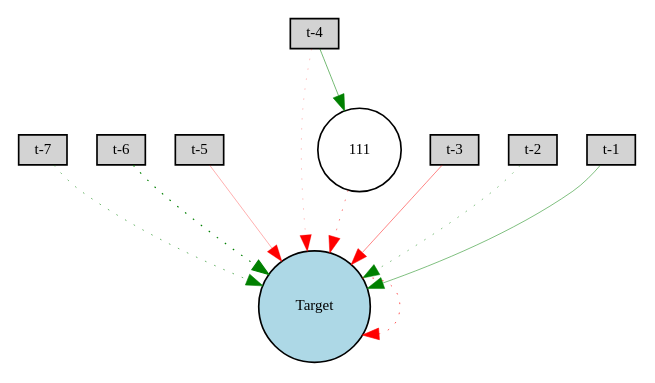
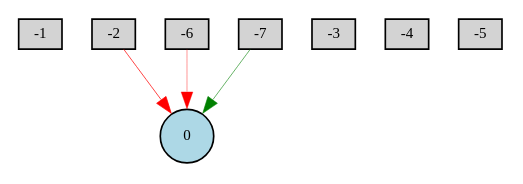
One commit to lafengxiaoyu/ENN changed the diagram in lynx/Digraph.gv. Above: the diagram before and after it, drawn with Graphviz. The commit also changed 3 other files, not shown here.

```diff
--- a/lynx/Digraph.gv
+++ b/lynx/Digraph.gv
@@ -1,22 +1,14 @@
 digraph {
 	node [fontsize=9 height=0.2 shape=circle width=0.2]
-	"t-7" [fillcolor=lightgray shape=box style=filled]
-	"t-6" [fillcolor=lightgray shape=box style=filled]
-	"t-5" [fillcolor=lightgray shape=box style=filled]
-	"t-4" [fillcolor=lightgray shape=box style=filled]
-	"t-3" [fillcolor=lightgray shape=box style=filled]
-	"t-2" [fillcolor=lightgray shape=box style=filled]
-	"t-1" [fillcolor=lightgray shape=box style=filled]
-	Target [fillcolor=lightblue style=filled]
-	111 [fillcolor=white style=filled]
-	"t-7" -> Target [color=green penwidth=0.3519362657536306 style=dotted]
-	"t-6" -> Target [color=green penwidth=0.6785842472707365 style=dotted]
-	"t-5" -> Target [color=red penwidth=0.19184588861934374 style=solid]
-	"t-4" -> Target [color=red penwidth=0.13610153560065863 style=dotted]
-	"t-3" -> Target [color=red penwidth=0.28718819973942794 style=solid]
-	"t-2" -> Target [color=green penwidth=0.2931209272427632 style=dotted]
-	"t-1" -> Target [color=green penwidth=0.30291928048224415 style=solid]
-	Target -> Target [color=red penwidth=0.3920318914953198 style=dotted]
-	"t-4" -> 111 [color=green penwidth=0.32550871862316466 style=solid]
-	111 -> Target [color=red penwidth=0.27816721545124107 style=dotted]
+	-1 [fillcolor=lightgray shape=box style=filled]
+	-2 [fillcolor=lightgray shape=box style=filled]
+	-3 [fillcolor=lightgray shape=box style=filled]
+	-4 [fillcolor=lightgray shape=box style=filled]
+	-5 [fillcolor=lightgray shape=box style=filled]
+	-6 [fillcolor=lightgray shape=box style=filled]
+	-7 [fillcolor=lightgray shape=box style=filled]
+	0 [fillcolor=lightblue style=filled]
+	-2 -> 0 [color=red penwidth=0.43765666977263007 style=solid]
+	-7 -> 0 [color=green penwidth=0.36455551979347467 style=solid]
+	-6 -> 0 [color=red penwidth=0.24701100244611104 style=solid]
 }
```
